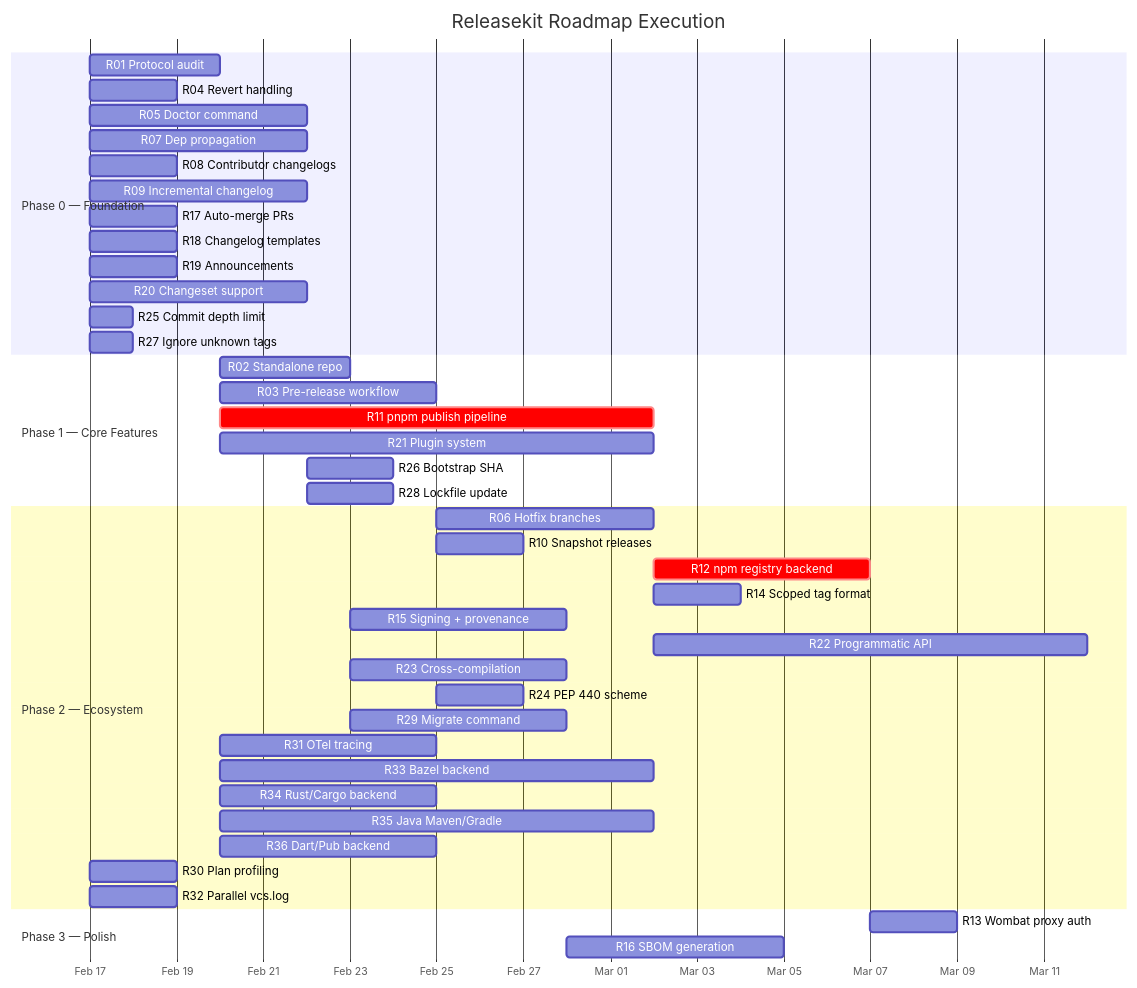
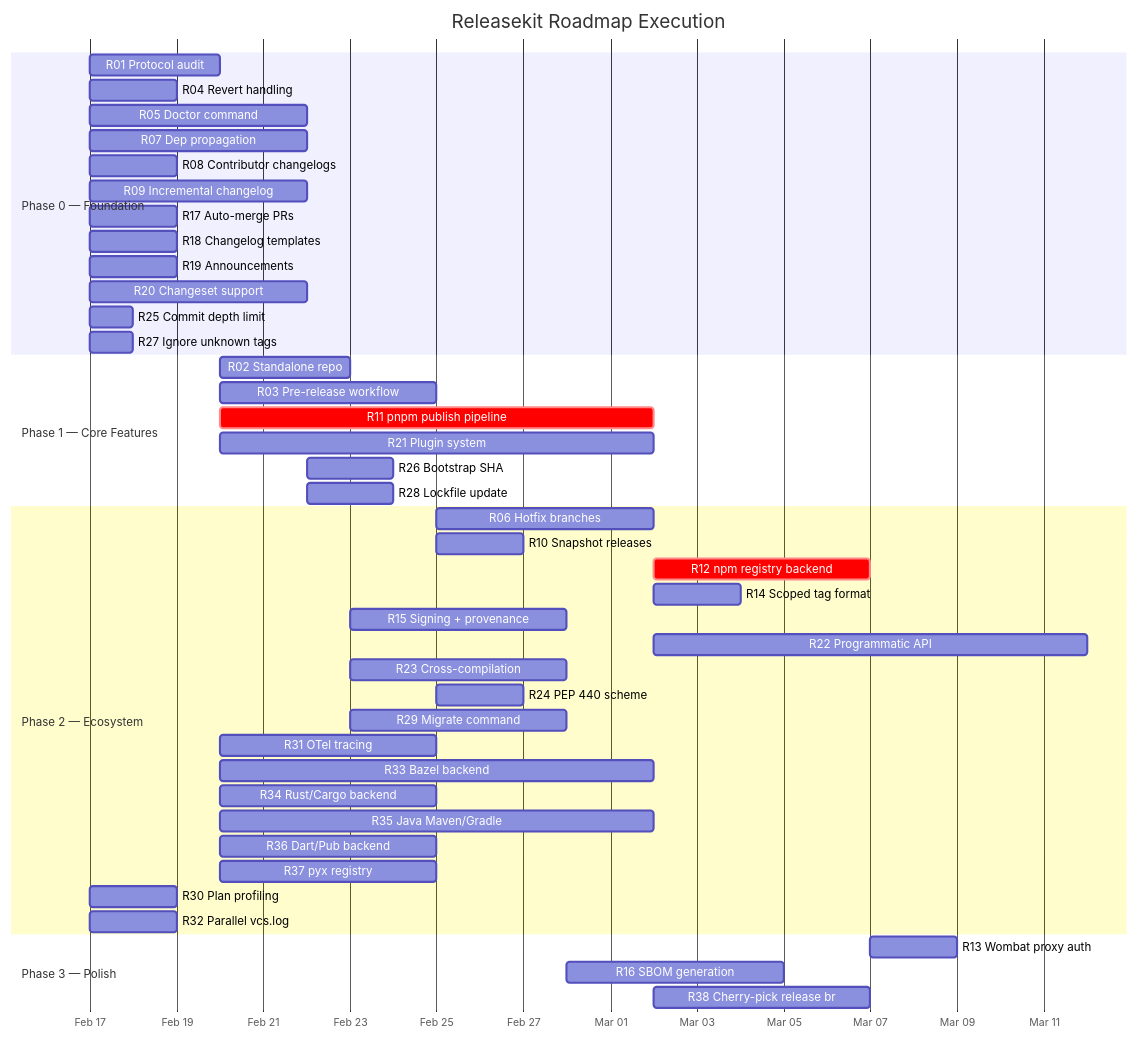
The second of 2 diagrams in tools/releasekit/docs/roadmap-execution-plan.md (genkit-ai/genkit-python), drawn with Mermaid before and after one commit. The commit also changed other lines of this file and 107 other files, not shown here.

````diff
--- a/tools/releasekit/docs/roadmap-execution-plan.md
+++ b/tools/releasekit/docs/roadmap-execution-plan.md
@@ -393,50 +606,52 @@
 ```mermaid
 gantt
     title Releasekit Roadmap Execution
     dateFormat  YYYY-MM-DD
     axisFormat  %b %d
 
     section Phase 0 — Foundation
     R01 Protocol audit           :r01, 2026-02-17, 3d
     R04 Revert handling          :r04, 2026-02-17, 2d
     R05 Doctor command           :r05, 2026-02-17, 5d
     R07 Dep propagation          :r07, 2026-02-17, 5d
     R08 Contributor changelogs   :r08, 2026-02-17, 2d
     R09 Incremental changelog    :r09, 2026-02-17, 5d
     R17 Auto-merge PRs           :r17, 2026-02-17, 2d
     R18 Changelog templates      :r18, 2026-02-17, 2d
     R19 Announcements            :r19, 2026-02-17, 2d
     R20 Changeset support        :r20, 2026-02-17, 5d
     R25 Commit depth limit       :r25, 2026-02-17, 1d
     R27 Ignore unknown tags      :r27, 2026-02-17, 1d
 
     section Phase 1 — Core Features
     R02 Standalone repo          :r02, after r01, 3d
     R03 Pre-release workflow     :r03, after r01, 5d
     R11 pnpm publish pipeline    :crit, r11, after r01, 10d
     R21 Plugin system            :r21, after r01, 10d
     R26 Bootstrap SHA            :r26, after r05, 2d
     R28 Lockfile update          :r28, after r07, 2d
 
     section Phase 2 — Ecosystem
     R06 Hotfix branches          :r06, after r03, 5d
     R10 Snapshot releases        :r10, after r03, 2d
     R12 npm registry backend     :crit, r12, after r11, 5d
     R14 Scoped tag format        :r14, after r11, 2d
     R15 Signing + provenance     :r15, after r02, 5d
     R22 Programmatic API         :r22, after r21, 10d
     R23 Cross-compilation        :r23, after r02, 5d
     R24 PEP 440 scheme           :r24, after r03, 2d
     R29 Migrate command          :r29, after r02, 5d
     R31 OTel tracing             :r31, after r01, 5d
     R33 Bazel backend            :r33, after r01, 10d
     R34 Rust/Cargo backend       :r34, after r01, 5d
     R35 Java Maven/Gradle        :r35, after r01, 10d
     R36 Dart/Pub backend         :r36, after r01, 5d
+    R37 pyx registry             :r37, after r01, 5d
     R30 Plan profiling           :r30, 2026-02-17, 2d
     R32 Parallel vcs.log         :r32, 2026-02-17, 2d
 
     section Phase 3 — Polish
     R13 Wombat proxy auth        :r13, after r12, 2d
     R16 SBOM generation          :r16, after r15, 5d
+    R38 Cherry-pick release br   :r38, after r06, 5d
 ```
````
